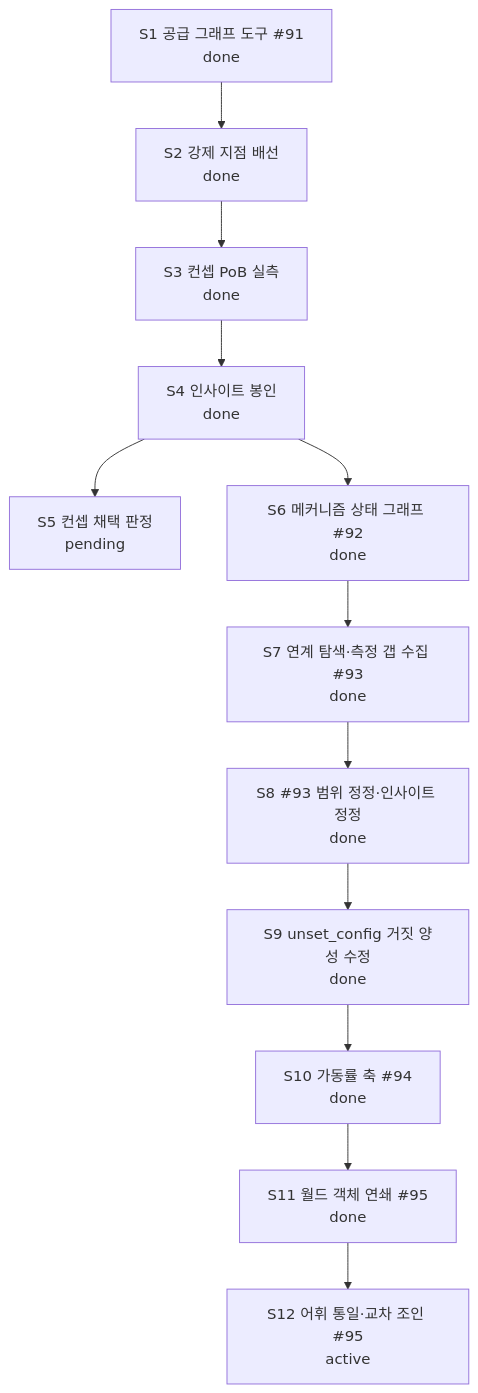
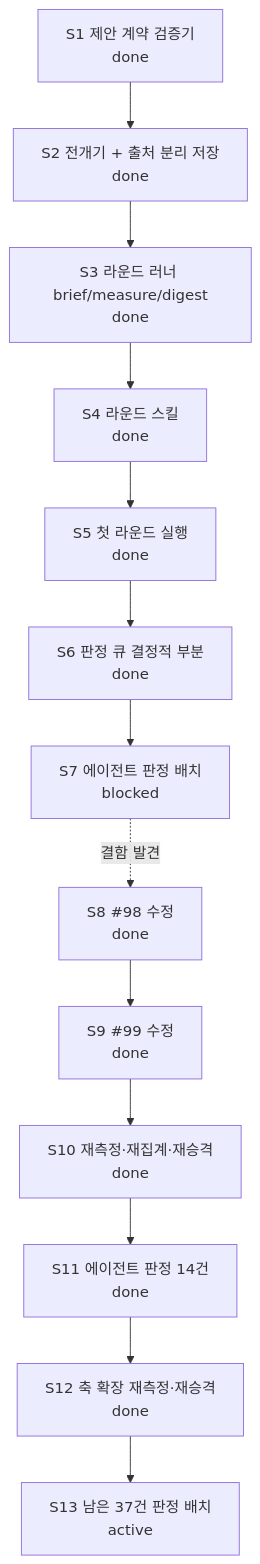
One commit to skerfolg/poe2-ai-wiki changed the diagram in docs/CURRENT-PLAN.md. Above: the diagram before and after it, drawn with Mermaid. The commit also changed other lines of this file and 27 other files, not shown here.

````diff
--- a/docs/CURRENT-PLAN.md
+++ b/docs/CURRENT-PLAN.md
@@ -22,17 +23,18 @@
 ```mermaid
 flowchart TD
-  TOOL["S1 공급 그래프 도구 #91<br/>done"]
-  WIRE["S2 강제 지점 배선<br/>done"]
-  MEASURE["S3 컨셉 PoB 실측<br/>done"]
-  SEAL["S4 인사이트 봉인<br/>done"]
-  VERDICT["S5 컨셉 채택 판정<br/>pending"]
-  MECH["S6 메커니즘 상태 그래프 #92<br/>done"]
-  GAPS["S7 연계 탐색·측정 갭 수집 #93<br/>done"]
-  FIX["S8 #93 범위 정정·인사이트 정정<br/>done"]
-  ROOT["S9 unset_config 거짓 양성 수정<br/>done"]
-  UP["S10 가동률 축 #94<br/>done"]
-  OBJ["S11 월드 객체 연쇄 #95<br/>done"]
-  XW["S12 어휘 통일·교차 조인 #95<br/>active"]
-  TOOL --> WIRE --> MEASURE --> SEAL --> VERDICT
-  SEAL --> MECH --> GAPS --> FIX --> ROOT --> UP --> OBJ --> XW
+  CONTRACT[S1 제안 계약 검증기<br/>done]
+  FLOW[S2 전개기 + 출처 분리 저장<br/>done]
+  ROUND[S3 라운드 러너 brief/measure/digest<br/>done]
+  SKILL[S4 라운드 스킬<br/>done]
+  FIRST[S5 첫 라운드 실행<br/>done]
+  NECESS[S6 판정 큐 결정적 부분<br/>done]
+  JUDGE[S7 에이전트 판정 배치<br/>blocked]
+  FIX[S8 #98 수정<br/>done]
+  REMEAS[S9 #99 수정<br/>done]
+  REAGG[S10 재측정·재집계·재승격<br/>done]
+  RESUME[S11 에이전트 판정 14건<br/>done]
+  AXES[S12 축 확장 재측정·재승격<br/>done]
+  NEXT2[S13 남은 37건 판정 배치<br/>active]
+  CONTRACT --> FLOW --> ROUND --> SKILL --> FIRST --> NECESS --> JUDGE
+  JUDGE -. 결함 발견 .-> FIX --> REMEAS --> REAGG --> RESUME --> AXES --> NEXT2
 ```
````
